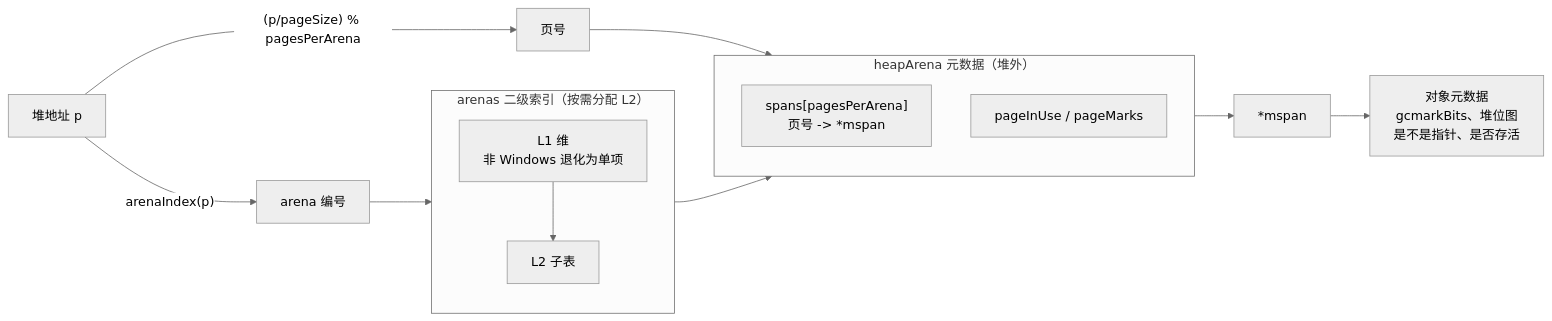
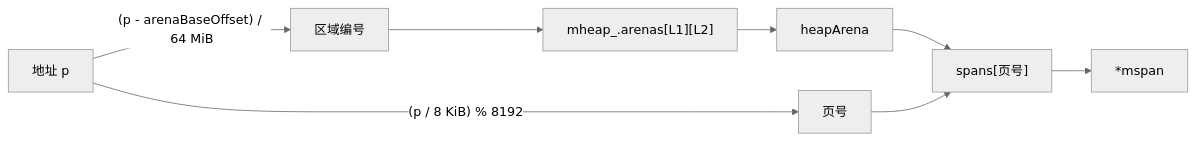
Before and after one commit to golang-design/under-the-hood: the first of 2 diagrams in book/zh-cn/part4memory/ch12alloc/init.md, drawn with Mermaid (neutral theme). The commit also changed other lines of this file and 9 other files, not shown here.

````diff
--- a/book/zh-cn/part4memory/ch12alloc/init.md
+++ b/book/zh-cn/part4memory/ch12alloc/init.md
@@ -152,19 +160,10 @@
 ```mermaid
 flowchart LR
-    P["堆地址 p"] -->|"arenaIndex(p)"| IDX["arena 编号"]
-    P -->|"(p/pageSize) % pagesPerArena"| PG["页号"]
-    subgraph T["arenas 二级索引（按需分配 L2）"]
-      direction TB
-      L1["L1 维<br/>非 Windows 退化为单项"] --> L2["L2 子表"]
-    end
-    subgraph HA["heapArena 元数据（堆外）"]
-      direction TB
-      SPANS["spans[pagesPerArena]<br/>页号 -> *mspan"]
-      MARKS["pageInUse / pageMarks"]
-    end
-    IDX --> L1
-    L2 --> SPANS
-    PG --> SPANS
-    SPANS --> S["*mspan"]
-    S --> META["对象元数据<br/>gcmarkBits、堆位图<br/>是不是指针、是否存活"]
+    P["地址 p"] -->|"(p - arenaBaseOffset) / 64 MiB"| I["区域编号"]
+    I --> A["mheap_.arenas[L1][L2]"]
+    A --> H["heapArena"]
+    P -->|"(p / 8 KiB) % 8192"| PG["页号"]
+    H --> S["spans[页号]"]
+    PG --> S
+    S --> M["*mspan"]
 ```
````
